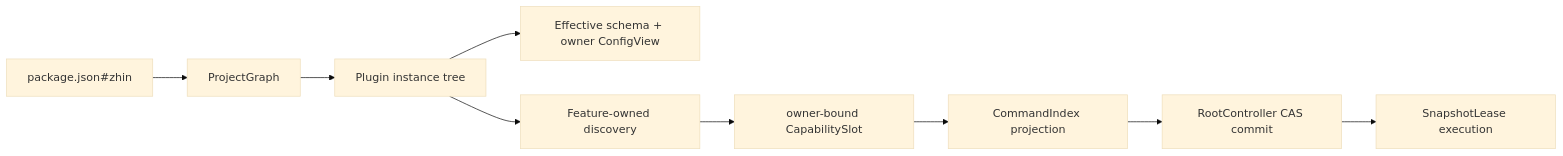
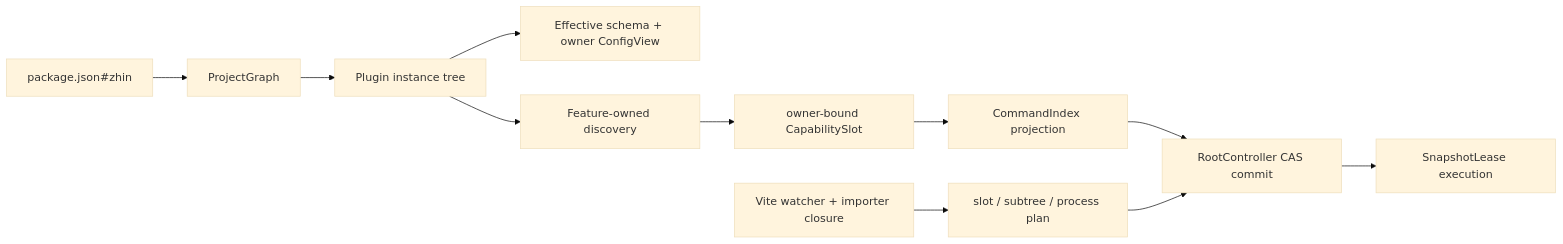
One commit to zhinjs/zhin changed the diagram in docs/architecture/target-implementation/greenfield-bootstrap.md. Above: the diagram before and after it, drawn with Mermaid (base theme). The commit also changed other lines of this file and 17 other files, not shown here.

````diff
--- a/docs/architecture/target-implementation/greenfield-bootstrap.md
+++ b/docs/architecture/target-implementation/greenfield-bootstrap.md
@@ -19,11 +19,13 @@
 ```mermaid
 flowchart LR
   Manifest["package.json#zhin"] --> Graph["ProjectGraph"]
   Graph --> Tree["Plugin instance tree"]
   Tree --> Config["Effective schema + owner ConfigView"]
   Tree --> Discovery["Feature-owned discovery"]
   Discovery --> Slot["owner-bound CapabilitySlot"]
   Slot --> Projection["CommandIndex projection"]
   Projection --> Commit["RootController CAS commit"]
   Commit --> Lease["SnapshotLease execution"]
+  Watch["Vite watcher + importer closure"] --> Plan["slot / subtree / process plan"]
+  Plan --> Commit
 ```
````
